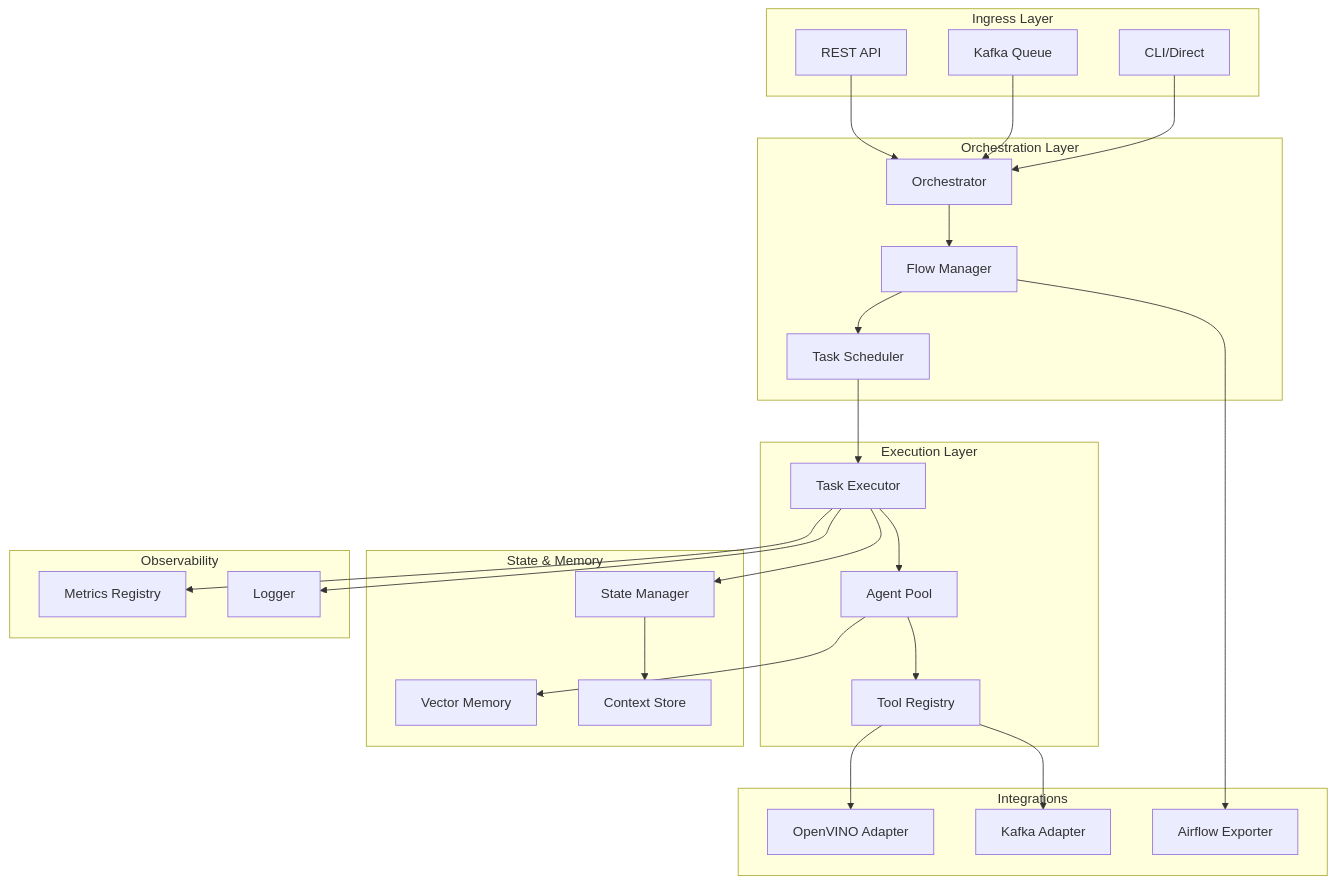
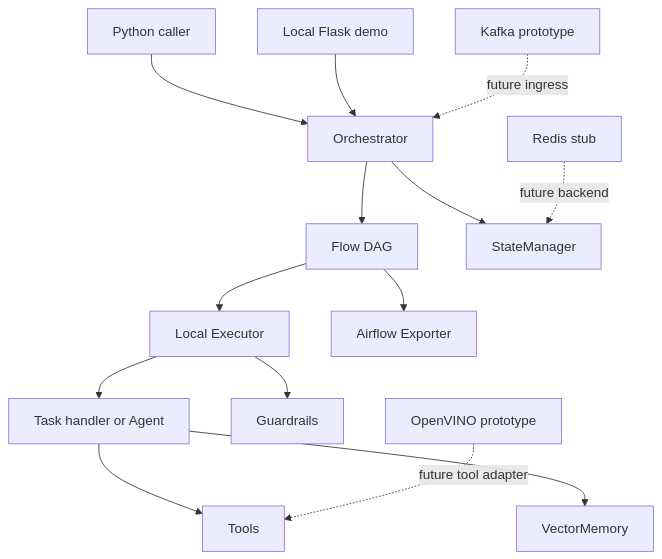
Before and after one commit to JayeshCC/Aiwork: the diagram in docs/ARCHITECTURE.md, drawn with Mermaid. The commit also changed other lines of this file and 6 other files, not shown here.

````diff
--- a/docs/ARCHITECTURE.md
+++ b/docs/ARCHITECTURE.md
@@ -30,54 +7,16 @@
 ```mermaid
-graph TB
-    subgraph "Ingress Layer"
-        A[REST API]
-        B[Kafka Queue]
-        C[CLI/Direct]
-    end
-    
-    subgraph "Orchestration Layer"
-        D[Orchestrator]
-        E[Flow Manager]
-        F[Task Scheduler]
-    end
-    
-    subgraph "Execution Layer"
-        G[Agent Pool]
-        H[Task Executor]
-        I[Tool Registry]
-    end
-    
-    subgraph "State & Memory"
-        J[Vector Memory]
-        K[State Manager]
-        L[Context Store]
-    end
-    
-    subgraph "Integrations"
-        M[OpenVINO Adapter]
-        N[Kafka Adapter]
-        O[Airflow Exporter]
-    end
-    
-    subgraph "Observability"
-        P[Metrics Registry]
-        Q[Logger]
-    end
-    
-    A --> D
-    B --> D
-    C --> D
-    D --> E
-    E --> F
-    F --> H
-    H --> G
-    G --> I
-    G --> J
-    H --> K
-    I --> M
-    I --> N
-    E --> O
-    H --> P
-    H --> Q
-    K --> L
+graph TD
+    A[Python caller] --> B[Orchestrator]
+    C[Local Flask demo] --> B
+    B --> D[Flow DAG]
+    D --> E[Local Executor]
+    E --> F[Task handler or Agent]
+    F --> G[Tools]
+    F --> H[VectorMemory]
+    E --> I[Guardrails]
+    B --> J[StateManager]
+    D --> K[Airflow Exporter]
+    L[Kafka prototype] -. future ingress .-> B
+    M[Redis stub] -. future backend .-> J
+    N[OpenVINO prototype] -. future tool adapter .-> G
 ```
````
